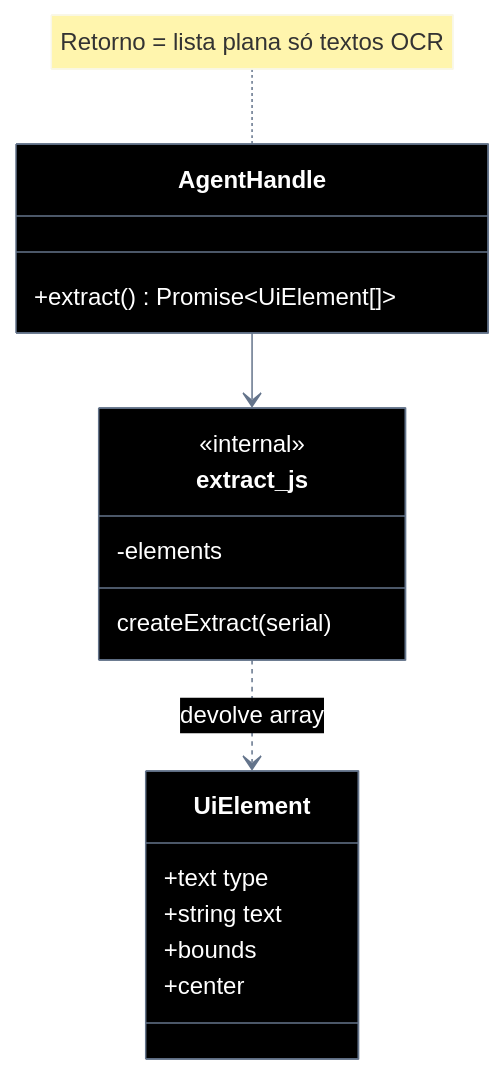
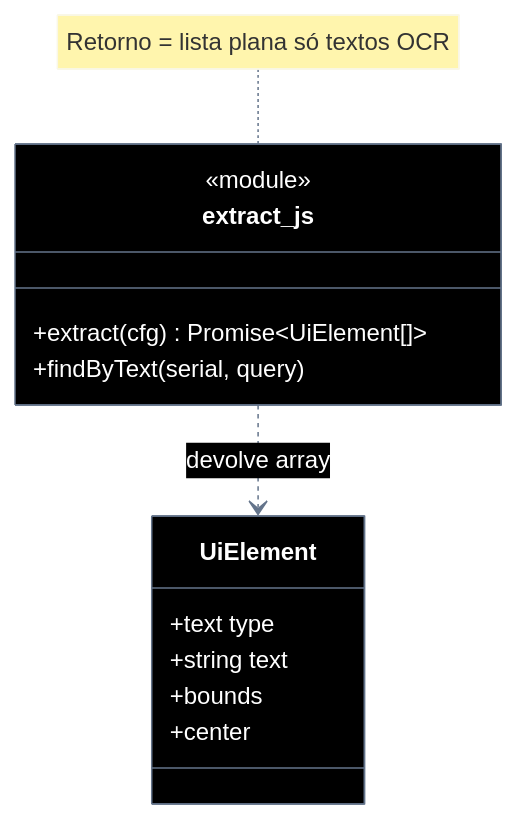
Before and after one commit to laerciogermano/workstation: the second of 2 diagrams in screen-robot/implementation-plan/EP-05-extrair-elementos.md, drawn with Mermaid. The commit also changed other lines of this file and 49 other files, not shown here.

````diff
--- a/screen-robot/implementation-plan/EP-05-extrair-elementos.md
+++ b/screen-robot/implementation-plan/EP-05-extrair-elementos.md
@@ -270,45 +254,41 @@
 ```mermaid
 ---
 config:
   theme: base
   themeVariables:
     darkMode: true
     background: '#000000'
     primaryColor: '#000000'
     primaryTextColor: '#ffffff'
     primaryBorderColor: '#64748b'
     secondaryColor: '#000000'
     secondaryTextColor: '#ffffff'
     secondaryBorderColor: '#64748b'
     tertiaryColor: '#000000'
     tertiaryTextColor: '#ffffff'
     tertiaryBorderColor: '#64748b'
     lineColor: '#64748b'
     textColor: '#ffffff'
     mainBkg: '#000000'
     nodeBorder: '#64748b'
     clusterBkg: '#000000'
     clusterBorder: '#333333'
     titleColor: '#ffffff'
     classText: '#ffffff'
 ---
 classDiagram
   direction TB
-  class AgentHandle {
-    +extract() Promise~UiElement[]~
+  class extract_js {
+    <<module>>
+    +extract(cfg) Promise~UiElement[]~
+    +findByText(serial, query)
   }
   class UiElement {
     +text type
     +string text
     +bounds
     +center
   }
-  class extract_js {
-    <<internal>>
-    createExtract(serial)
-    -elements
-  }
-  note for AgentHandle "Retorno = lista plana só textos OCR"
-  AgentHandle --> extract_js
+  note for extract_js "Retorno = lista plana só textos OCR"
   extract_js ..> UiElement : devolve array
 ```
````
